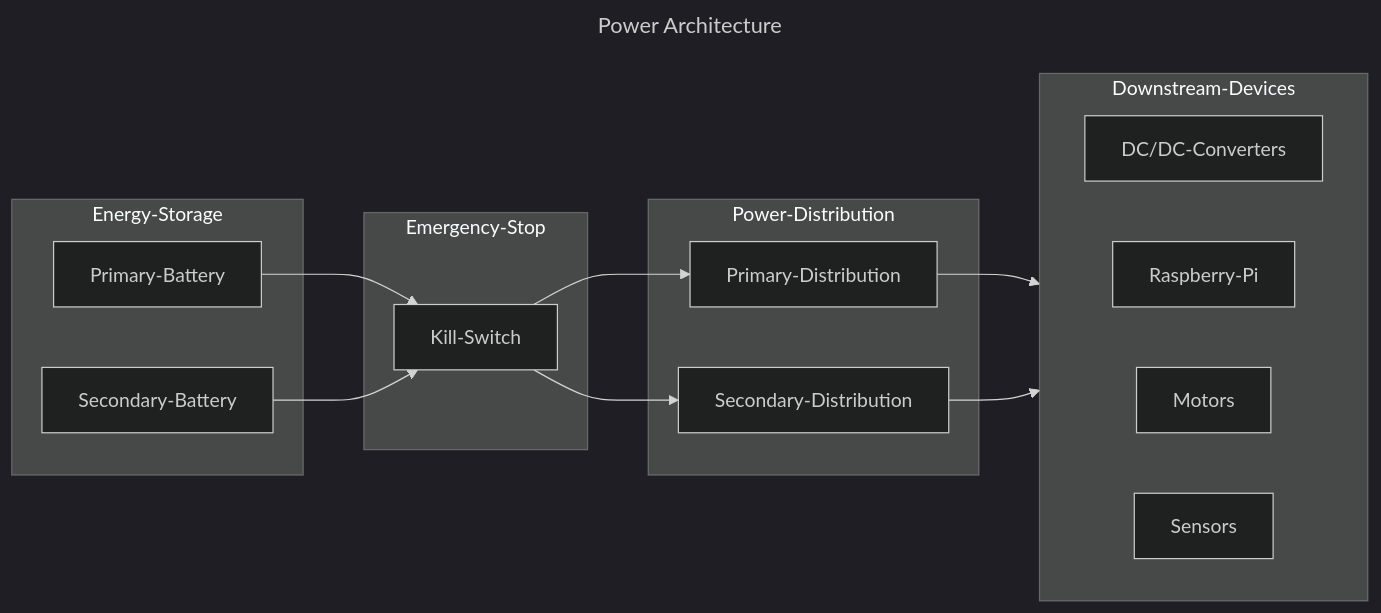
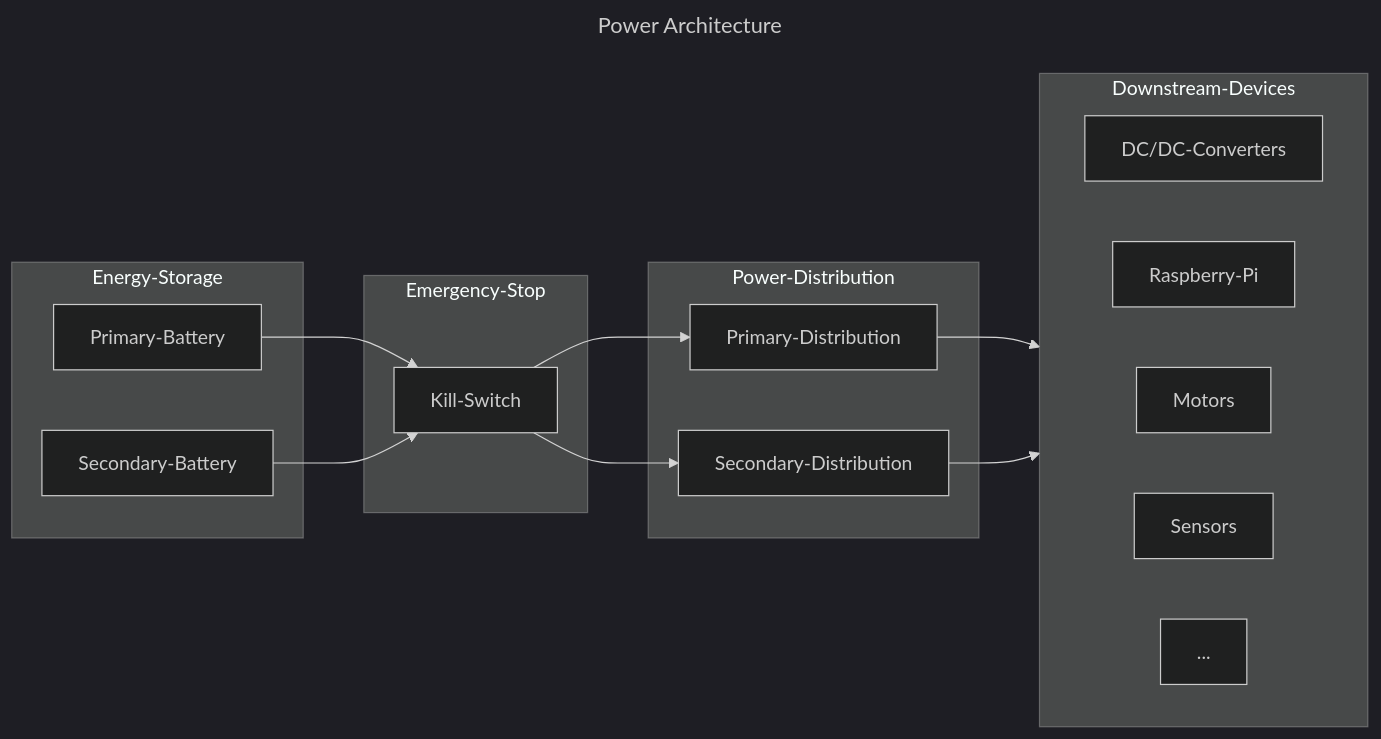
The diagram in hardware/power-architecture.mmd (RWU-R2M/PE), drawn with Mermaid (dark theme) before and after one commit.

Commit message:
updated PA

```diff
--- a/hardware/power-architecture.mmd
+++ b/hardware/power-architecture.mmd
@@ -1,31 +1,32 @@
 ---
 title: "Power Architecture"
 ---
-%% v1.0.1
+%% v1.0.2
 
 graph LR
 
 subgraph Energy-Storage
 Primary-Battery
 Secondary-Battery
 end
 
 Primary-Battery & Secondary-Battery --> Kill-Switch
 subgraph Emergency-Stop
 Kill-Switch
 end
 
 Kill-Switch --> Primary-Distribution & Secondary-Distribution
 subgraph Power-Distribution
 Primary-Distribution
 Secondary-Distribution
 end
 
 Primary-Distribution & Secondary-Distribution --> Downstream-Devices
 subgraph Downstream-Devices
 direction LR
 DC/DC-Converters
 Raspberry-Pi
 Motors
 Sensors
+...
 end
```
